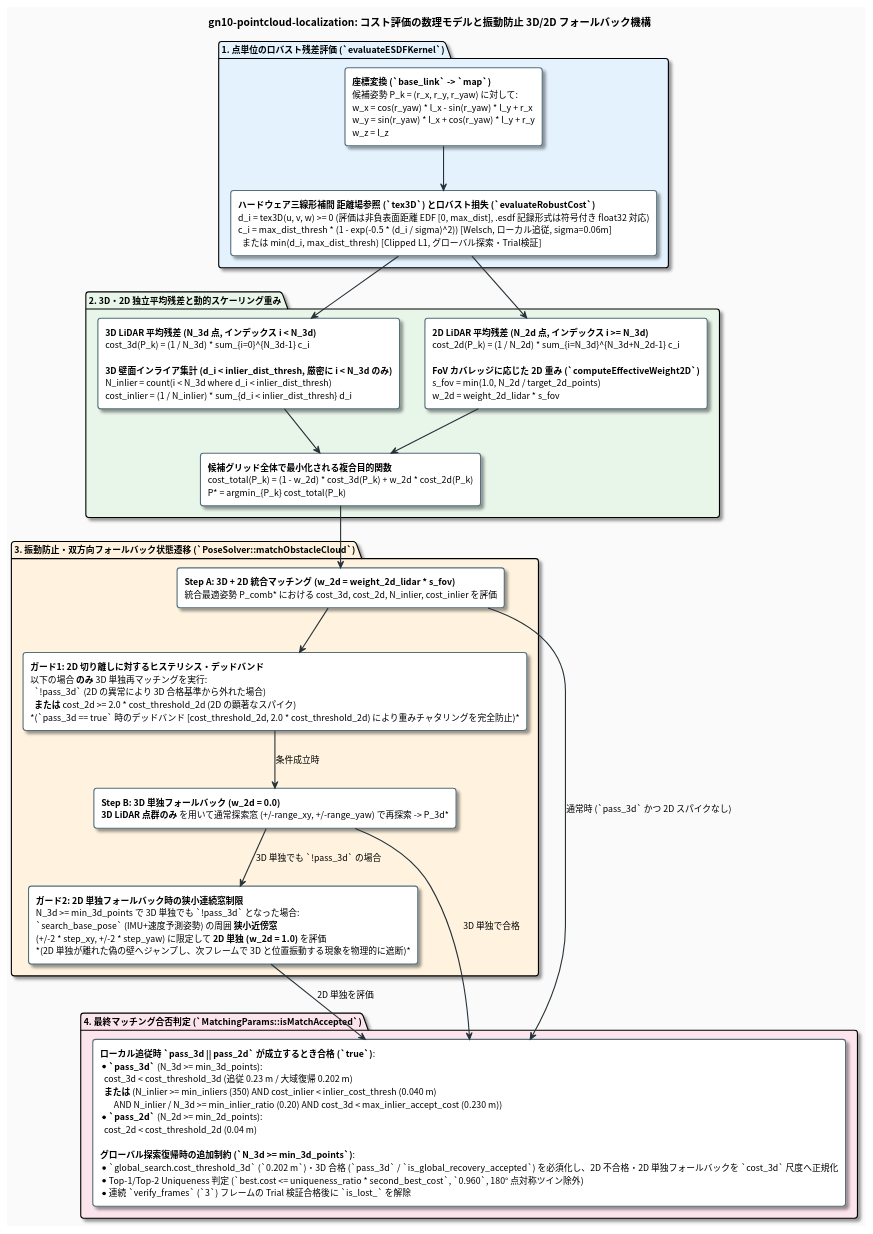
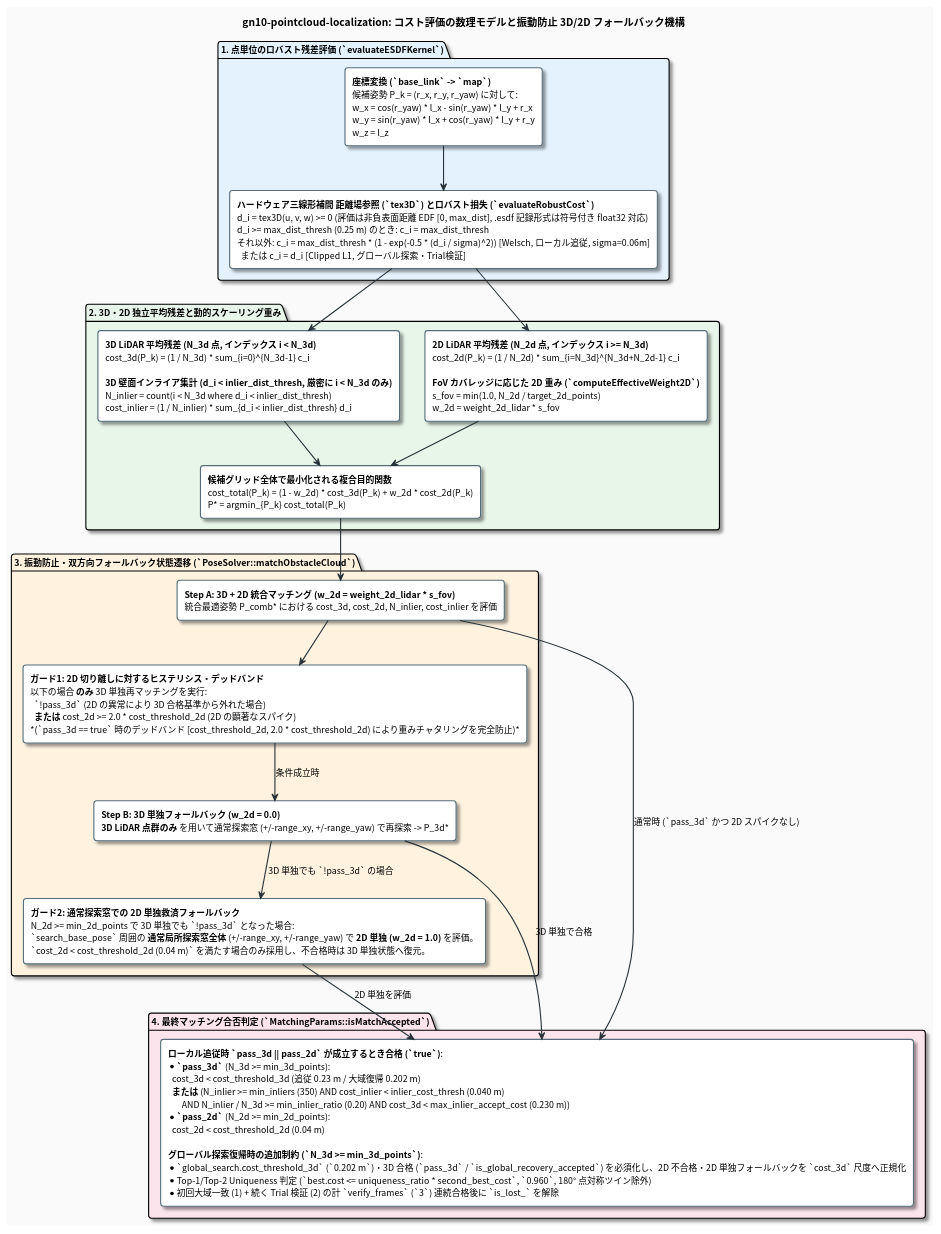
The diagram in docs/matching_cost_and_weighting_jp.pu (tmcit-ararobo-2026a/gn10-pointcloud-localization), drawn with PlantUML before and after one commit. The commit also changed 11 other files, not shown here.

Commit message:
docs: sync README benchmarks, YAML comments, and PlantUML diagrams with v1.2.4 code

```diff
--- a/docs/matching_cost_and_weighting_jp.pu
+++ b/docs/matching_cost_and_weighting_jp.pu
@@ -1,70 +1,70 @@
 @startuml matching_cost_and_weighting_jp
 skinparam backgroundColor #FAFAFA
 skinparam defaultFontName "Roboto, Noto Sans CJK JP, sans-serif"
 skinparam defaultFontSize 12
 skinparam roundCorner 8
 skinparam shadowing true
 skinparam ArrowColor #263238
 skinparam ArrowThickness 1.5
 
 skinparam rectangle {
     BackgroundColor #FFFFFF
     BorderColor #546E7A
     BorderThickness 1.5
 }
 
 skinparam note {
     BackgroundColor #FFF8E1
     BorderColor #FFB300
     FontColor #263238
 }
 
 title **gn10-pointcloud-localization: コスト評価の数理モデルと振動防止 3D/2D フォールバック機構**
 
 package "1. 点単位のロバスト残差評価 (`evaluateESDFKernel`)" #E3F2FD {
     rectangle "**座標変換 (`base_link` -> `map`)**\n候補姿勢 P_k = (r_x, r_y, r_yaw) に対して:\nw_x = cos(r_yaw) * l_x - sin(r_yaw) * l_y + r_x\nw_y = sin(r_yaw) * l_x + cos(r_yaw) * l_y + r_y\nw_z = l_z" as TF_EQ
 
-    rectangle "**ハードウェア三線形補間 距離場参照 (`tex3D`) とロバスト損失 (`evaluateRobustCost`)**\nd_i = tex3D(u, v, w) >= 0  (評価は非負表面距離 EDF [0, max_dist], .esdf 記録形式は符号付き float32 対応)\nc_i = max_dist_thresh * (1 - exp(-0.5 * (d_i / sigma)^2))  [Welsch, ローカル追従, sigma=0.06m]\n  または min(d_i, max_dist_thresh)  [Clipped L1, グローバル探索・Trial検証]" as CLIP_EQ
+    rectangle "**ハードウェア三線形補間 距離場参照 (`tex3D`) とロバスト損失 (`evaluateRobustCost`)**\nd_i = tex3D(u, v, w) >= 0  (評価は非負表面距離 EDF [0, max_dist], .esdf 記録形式は符号付き float32 対応)\nd_i >= max_dist_thresh (0.25 m) のとき: c_i = max_dist_thresh\nそれ以外: c_i = max_dist_thresh * (1 - exp(-0.5 * (d_i / sigma)^2))  [Welsch, ローカル追従, sigma=0.06m]\n  または c_i = d_i  [Clipped L1, グローバル探索・Trial検証]" as CLIP_EQ
 
     TF_EQ -down-> CLIP_EQ
 }
 
 package "2. 3D・2D 独立平均残差と動的スケーリング重み" #E8F5E9 {
     rectangle "**3D LiDAR 平均残差 (N_3d 点, インデックス i < N_3d)**\ncost_3d(P_k) = (1 / N_3d) * sum_{i=0}^{N_3d-1} c_i\n\n**3D 壁面インライア集計 (d_i < inlier_dist_thresh, 厳密に i < N_3d のみ)**\nN_inlier = count(i < N_3d where d_i < inlier_dist_thresh)\ncost_inlier = (1 / N_inlier) * sum_{d_i < inlier_dist_thresh} d_i" as COST_3D
 
     rectangle "**2D LiDAR 平均残差 (N_2d 点, インデックス i >= N_3d)**\ncost_2d(P_k) = (1 / N_2d) * sum_{i=N_3d}^{N_3d+N_2d-1} c_i\n\n**FoV カバレッジに応じた 2D 重み (`computeEffectiveWeight2D`)**\ns_fov = min(1.0, N_2d / target_2d_points)\nw_2d = weight_2d_lidar * s_fov" as COST_2D
 
     rectangle "**候補グリッド全体で最小化される複合目的関数**\ncost_total(P_k) = (1 - w_2d) * cost_3d(P_k) + w_2d * cost_2d(P_k)\nP* = argmin_{P_k} cost_total(P_k)" as COMP_EQ
 
     COST_3D -down-> COMP_EQ
     COST_2D -down-> COMP_EQ
 }
 
 CLIP_EQ -down-> COST_3D
 CLIP_EQ -down-> COST_2D
 
 package "3. 振動防止・双方向フォールバック状態遷移 (`PoseSolver::matchObstacleCloud`)" #FFF3E0 {
     rectangle "**Step A: 3D + 2D 統合マッチング (w_2d = weight_2d_lidar * s_fov)**\n統合最適姿勢 P_comb* における cost_3d, cost_2d, N_inlier, cost_inlier を評価" as STEP_A
 
     rectangle "**ガード1: 2D 切り離しに対するヒステリシス・デッドバンド**\n以下の場合 **のみ** 3D 単独再マッチングを実行:\n  `!pass_3d` (2D の異常により 3D 合格基準から外れた場合)\n  **または** cost_2d >= 2.0 * cost_threshold_2d (2D の顕著なスパイク)\n*(`pass_3d == true` 時のデッドバンド [cost_threshold_2d, 2.0 * cost_threshold_2d) により重みチャタリングを完全防止)*" as GUARD_1
 
     rectangle "**Step B: 3D 単独フォールバック (w_2d = 0.0)**\n**3D LiDAR 点群のみ** を用いて通常探索窓 (+/-range_xy, +/-range_yaw) で再探索 -> P_3d*" as STEP_B
 
-    rectangle "**ガード2: 2D 単独フォールバック時の狭小連続窓制限**\nN_3d >= min_3d_points で 3D 単独でも `!pass_3d` となった場合:\n`search_base_pose` (IMU+速度予測姿勢) の周囲 **狭小近傍窓**\n(+/-2 * step_xy, +/-2 * step_yaw) に限定して **2D 単独 (w_2d = 1.0)** を評価\n*(2D 単独が離れた偽の壁へジャンプし、次フレームで 3D と位置振動する現象を物理的に遮断)*" as STEP_C
+    rectangle "**ガード2: 通常探索窓での 2D 単独救済フォールバック**\nN_2d >= min_2d_points で 3D 単独でも `!pass_3d` となった場合:\n`search_base_pose` 周囲の **通常局所探索窓全体** (+/-range_xy, +/-range_yaw) で **2D 単独 (w_2d = 1.0)** を評価。\n`cost_2d < cost_threshold_2d (0.04 m)` を満たす場合のみ採用し、不合格時は 3D 単独状態へ復元。" as STEP_C
 
     STEP_A -down-> GUARD_1
     GUARD_1 -down-> STEP_B : 条件成立時
     STEP_B -down-> STEP_C : 3D 単独でも `!pass_3d` の場合
 }
 
 COMP_EQ -down-> STEP_A
 
 package "4. 最終マッチング合否判定 (`MatchingParams::isMatchAccepted`)" #FCE4EC {
-    rectangle "**ローカル追従時 `pass_3d || pass_2d` が成立するとき合格 (`true`)**:\n* **`pass_3d`** (N_3d >= min_3d_points):\n  cost_3d < cost_threshold_3d (追従 0.23 m / 大域復帰 0.202 m)\n  **または** (N_inlier >= min_inliers (350) AND cost_inlier < inlier_cost_thresh (0.040 m)\n       AND N_inlier / N_3d >= min_inlier_ratio (0.20) AND cost_3d < max_inlier_accept_cost (0.230 m))\n* **`pass_2d`** (N_2d >= min_2d_points):\n  cost_2d < cost_threshold_2d (0.04 m)\n\n**グローバル探索復帰時の追加制約 (`N_3d >= min_3d_points`)**:\n* `global_search.cost_threshold_3d` (`0.202 m`)・3D 合格 (`pass_3d` / `is_global_recovery_accepted`) を必須化し、2D 不合格・2D 単独フォールバックを `cost_3d` 尺度へ正規化\n* Top-1/Top-2 Uniqueness 判定 (`best.cost <= uniqueness_ratio * second_best_cost`, `0.960`, 180° 点対称ツイン除外)\n* 連続 `verify_frames` (`3`) フレームの Trial 検証合格後に `is_lost_` を解除" as FINAL_ACCEPT
+    rectangle "**ローカル追従時 `pass_3d || pass_2d` が成立するとき合格 (`true`)**:\n* **`pass_3d`** (N_3d >= min_3d_points):\n  cost_3d < cost_threshold_3d (追従 0.23 m / 大域復帰 0.202 m)\n  **または** (N_inlier >= min_inliers (350) AND cost_inlier < inlier_cost_thresh (0.040 m)\n       AND N_inlier / N_3d >= min_inlier_ratio (0.20) AND cost_3d < max_inlier_accept_cost (0.230 m))\n* **`pass_2d`** (N_2d >= min_2d_points):\n  cost_2d < cost_threshold_2d (0.04 m)\n\n**グローバル探索復帰時の追加制約 (`N_3d >= min_3d_points`)**:\n* `global_search.cost_threshold_3d` (`0.202 m`)・3D 合格 (`pass_3d` / `is_global_recovery_accepted`) を必須化し、2D 不合格・2D 単独フォールバックを `cost_3d` 尺度へ正規化\n* Top-1/Top-2 Uniqueness 判定 (`best.cost <= uniqueness_ratio * second_best_cost`, `0.960`, 180° 点対称ツイン除外)\n* 初回大域一致 (1) + 続く Trial 検証 (2) の計 `verify_frames` (`3`) 連続合格後に `is_lost_` を解除" as FINAL_ACCEPT
 }
 
 STEP_A -down-> FINAL_ACCEPT : 通常時 (`pass_3d` かつ 2D スパイクなし)
 STEP_B -down-> FINAL_ACCEPT : 3D 単独で合格
 STEP_C -down-> FINAL_ACCEPT : 2D 単独を評価
 
 @enduml
```
